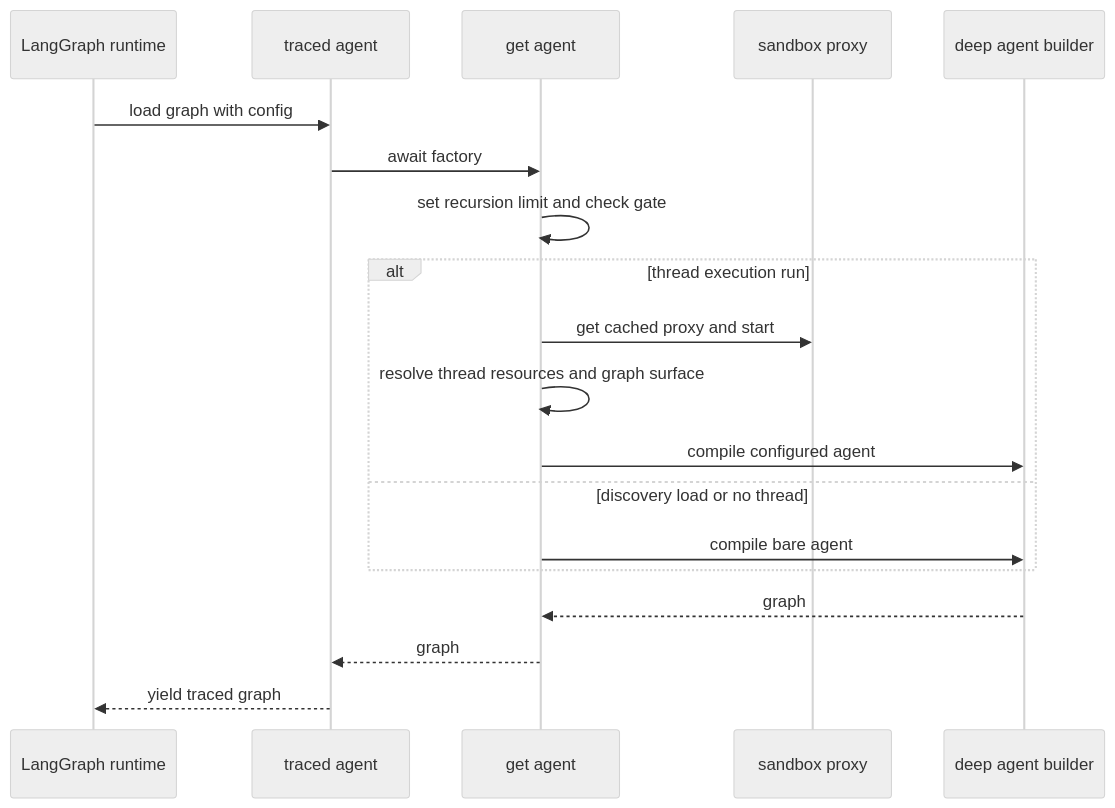
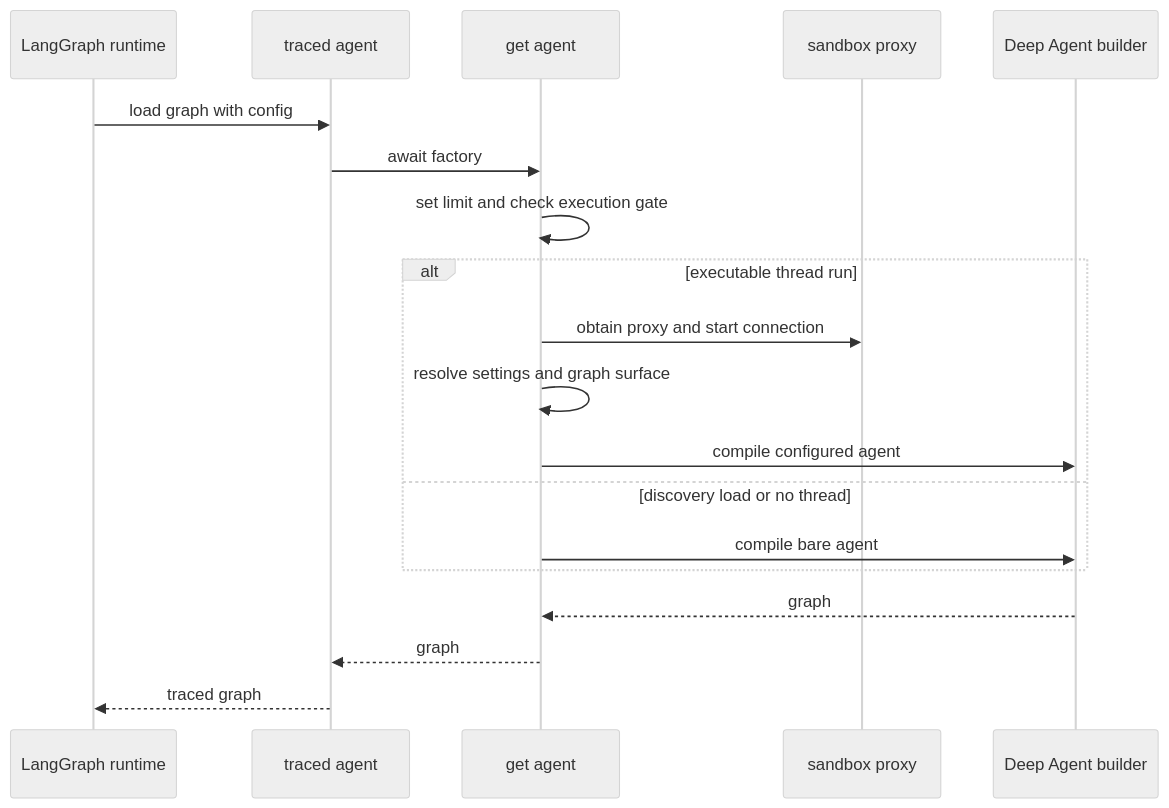
The first of 2 diagrams in openwiki/architecture/agent-graph.md (langchain-ai/open-swe), drawn with Mermaid (neutral theme) before and after one commit. The commit also changed other lines of this file and 52 other files, not shown here.

````diff
--- a/openwiki/architecture/agent-graph.md
+++ b/openwiki/architecture/agent-graph.md
@@ -33,22 +41,22 @@
 ```mermaid
 sequenceDiagram
     participant Runtime as LangGraph runtime
     participant Entry as traced agent
     participant Factory as get agent
     participant Backend as sandbox proxy
-    participant Deep as deep agent builder
+    participant Deep as Deep Agent builder
 
     Runtime->>Entry: load graph with config
     Entry->>Factory: await factory
-    Factory->>Factory: set recursion limit and check gate
-    alt thread execution run
-        Factory->>Backend: get cached proxy and start
-        Factory->>Factory: resolve thread resources and graph surface
+    Factory->>Factory: set limit and check execution gate
+    alt executable thread run
+        Factory->>Backend: obtain proxy and start connection
+        Factory->>Factory: resolve settings and graph surface
         Factory->>Deep: compile configured agent
     else discovery load or no thread
         Factory->>Deep: compile bare agent
     end
     Deep-->>Factory: graph
     Factory-->>Entry: graph
-    Entry-->>Runtime: yield traced graph
+    Entry-->>Runtime: traced graph
 ```
````
